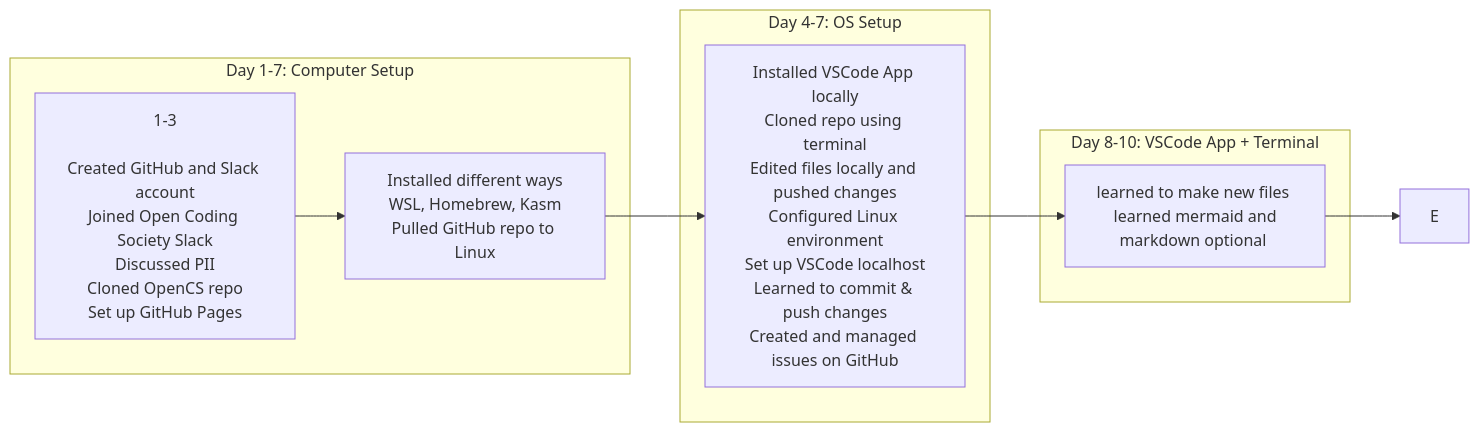
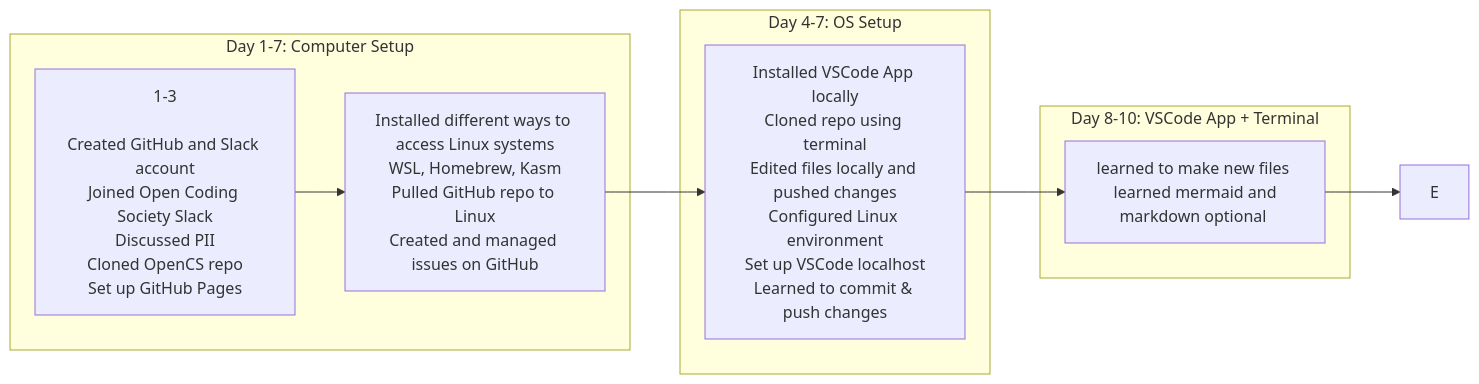
The diagram in _posts/Foundation/B-tools_and_equipment/2025-11-21-tools_quest.md (KMattAntonio256/student), drawn with Mermaid before and after one commit.

Commit message:
more comitting

````diff
--- a/_posts/Foundation/B-tools_and_equipment/2025-11-21-tools_quest.md
+++ b/_posts/Foundation/B-tools_and_equipment/2025-11-21-tools_quest.md
@@ -18,25 +18,25 @@
 ```mermaid
 flowchart LR
     %% Day 1-7: Computer Setup
     subgraph Day_1[Day 1-7: Computer Setup]
         A[1-3<br/><br/>Created GitHub and Slack account<br/>Joined Open Coding Society Slack<br/>Discussed PII<br/>Cloned OpenCS repo<br/>Set up GitHub Pages]:::dayuno
-        B[Installed different ways<br/>WSL, Homebrew, Kasm<br/>Pulled GitHub repo to Linux]:::daydos
+        B[Installed different ways to access Linux systems<br/>WSL, Homebrew, Kasm<br/>Pulled GitHub repo to Linux<br/>Created and managed issues on GitHub]:::daydos
     end
 
     %% Day 4-7: OS Setup
     subgraph Day_2[Day 4-7: OS Setup]
-        C[Installed VSCode App locally<br/>Cloned repo using terminal<br/>Edited files locally and pushed changes<br/>Configured Linux environment<br/>Set up VSCode localhost<br/>Learned to commit & push changes<br/>Created and managed issues on GitHub]:::daytres
+        C[Installed VSCode App locally<br/>Cloned repo using terminal<br/>Edited files locally and pushed changes<br/>Configured Linux environment<br/>Set up VSCode localhost<br/>Learned to commit & push changes]:::daytres
     end
 
     %% Day 8-10: VSCode App & Terminal
     subgraph Day_3[Day 8-10: VSCode App + Terminal]
         D[learned to make new files <br/> learned mermaid and markdown optional <br/> ]:::daycuatro
     end
 
 
     %% Connect the Phases
     A --> B
     B --> C
     C --> D
     D --> E
 ```
````
